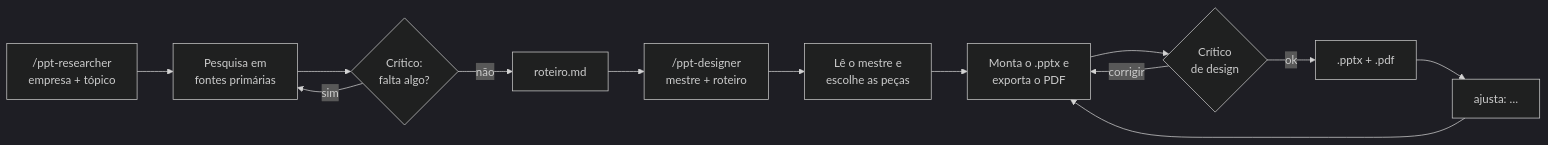
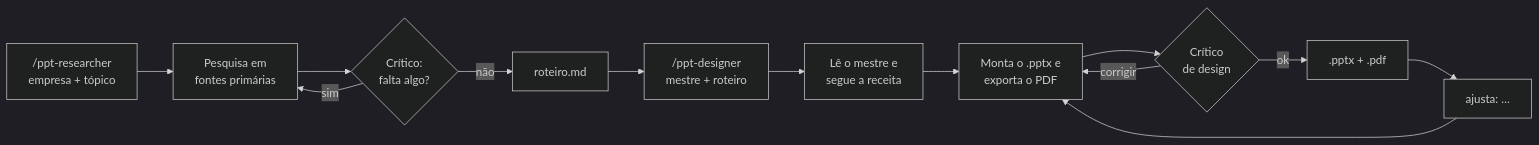
The diagram in README.md (ArthurMalucelli/slide-studio), drawn with Mermaid (dark theme) before and after one commit. The commit also changed other lines of this file and 9 other files, not shown here.

````diff
--- a/README.md
+++ b/README.md
@@ -39,15 +41,15 @@
 ```mermaid
 flowchart LR
     A["/ppt-researcher<br>empresa + tópico"] --> B["Pesquisa em<br>fontes primárias"]
     B --> C{"Crítico:<br>falta algo?"}
     C -- sim --> B
     C -- não --> D["roteiro.md"]
     D --> E["/ppt-designer<br>mestre + roteiro"]
-    E --> F["Lê o mestre e<br>escolhe as peças"]
+    E --> F["Lê o mestre e<br>segue a receita"]
     F --> G["Monta o .pptx e<br>exporta o PDF"]
     G --> H{"Crítico<br>de design"}
     H -- corrigir --> G
     H -- ok --> I[".pptx + .pdf"]
     I --> J["ajusta: …"]
     J --> G
 ```
````
